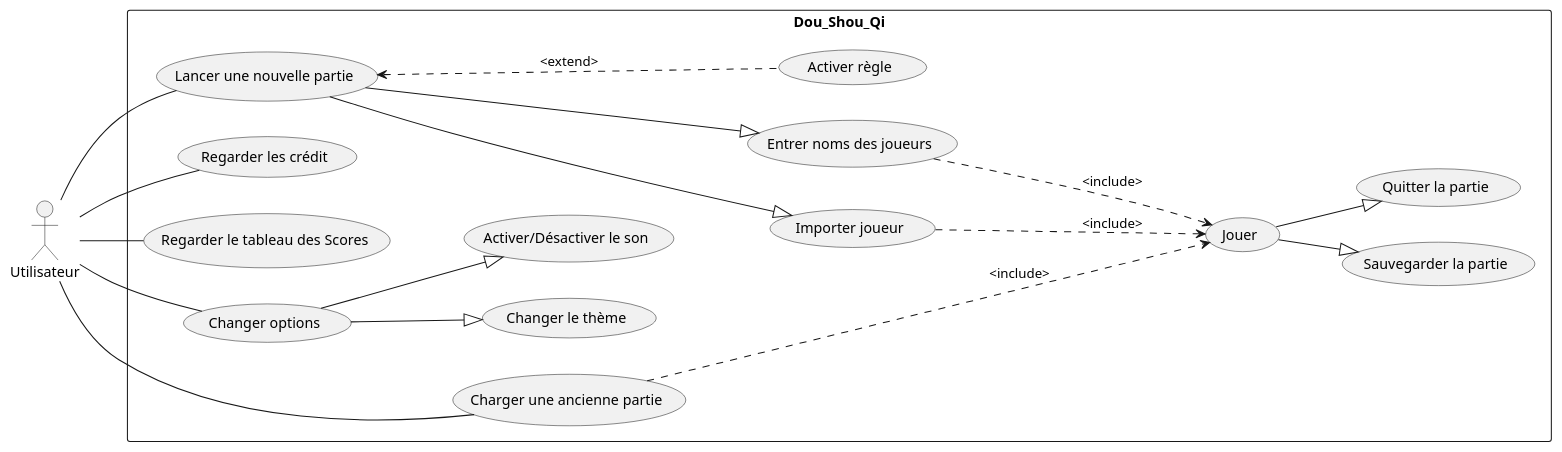
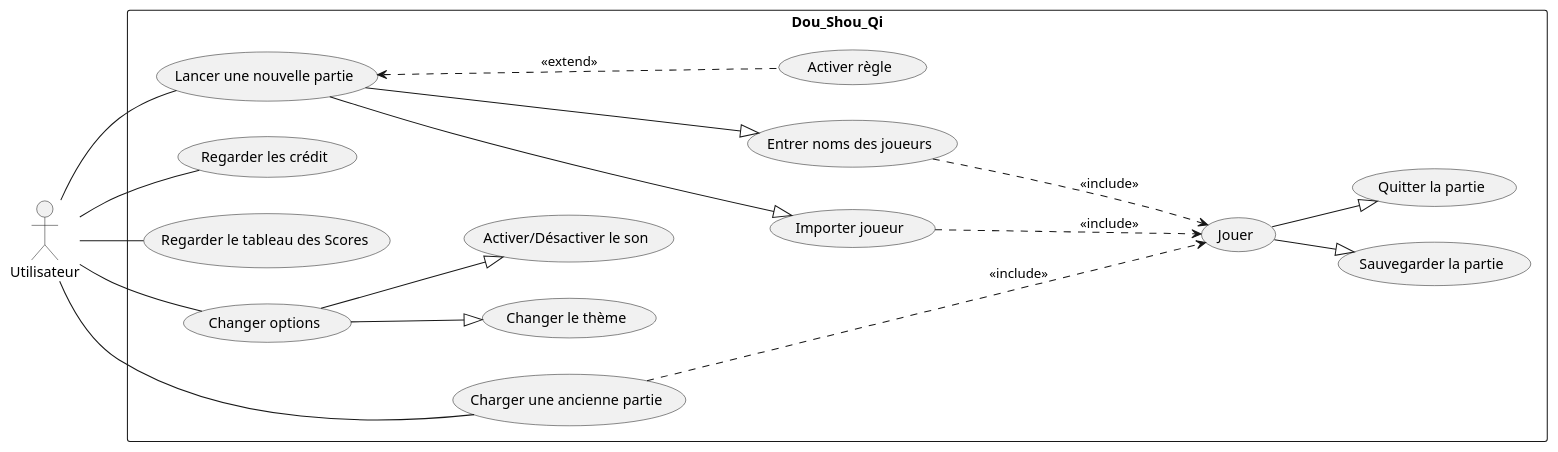
The diagram in docs/use_cases.md (Pepit0404/DouShouQi), drawn with PlantUML before and after one commit. The commit also changed other lines of this file, not shown here.

````diff
--- a/docs/use_cases.md
+++ b/docs/use_cases.md
@@ -3,37 +3,37 @@
 ``` plantuml
 @startuml
 left to right direction
 actor "Utilisateur" as j
 rectangle Dou_Shou_Qi{
   usecase "Lancer une nouvelle partie" as UC1
   usecase "Charger une ancienne partie" as UC2
   usecase "Regarder les crédit" as UC3
   usecase "Regarder le tableau des Scores" as UC4
   usecase "Changer options" as UC8
   usecase "Activer/Désactiver le son" as UC9
   usecase "Changer le thème" as UC10
   usecase "Entrer noms des joueurs" as UC5
   usecase "Activer règle" as UC6
   usecase "Jouer" as UC7
   usecase "Importer joueur" as UC11
   usecase "Sauvegarder la partie" as UC12
   usecase "Quitter la partie" as UC13
   
 }
 j-- UC1
 j-- UC2
 j-- UC3
 j-- UC4
 j-- UC8
 UC1 ---|> UC5 
 UC1 ---|> UC11 
-UC1 <... UC6 : <extend>
-UC5 ...> UC7 : <include>
-UC2 ....> UC7 : <include>
-UC11 ...> UC7 : <include>
+UC1 <... UC6 : <<extend>>
+UC5 ...> UC7 : <<include>>
+UC2 ....> UC7 : <<include>>
+UC11 ...> UC7 : <<include>>
 UC8 --|> UC9 
 UC8 --|> UC10
 UC7 --|> UC12
 UC7 --|> UC13
 @enduml
 ```
````
